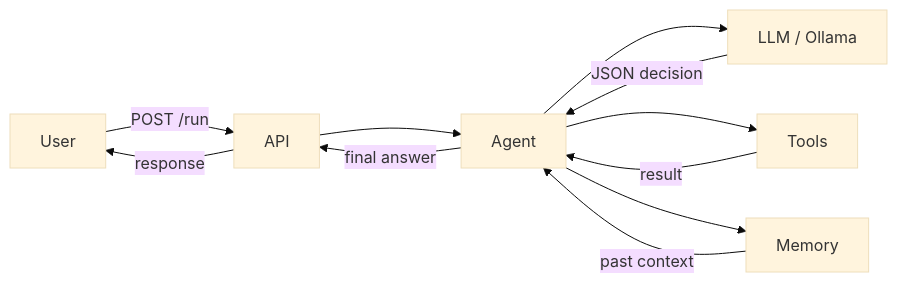
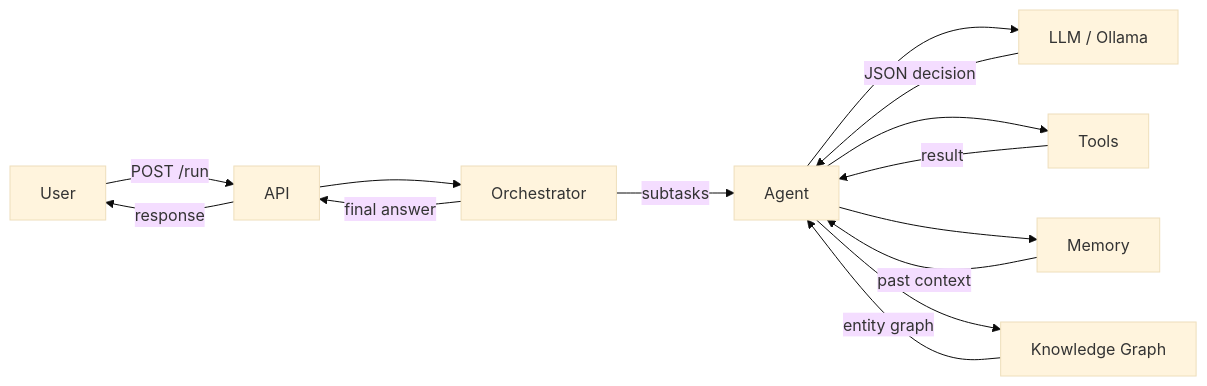
One commit to Guebbit/manna changed the diagram in docs/index.md. Above: the diagram before and after it, drawn with Mermaid (base theme). The commit also changed other lines of this file, not shown here.

````diff
--- a/docs/index.md
+++ b/docs/index.md
@@ -31,13 +30,16 @@
 ```mermaid
 flowchart LR
     User -->|POST /run| API
-    API --> Agent
+    API --> Orchestrator
+    Orchestrator -->|subtasks| Agent
     Agent --> LLM[LLM / Ollama]
     Agent --> Tools[Tools]
     Agent --> Memory
+    Agent --> KG[Knowledge Graph]
     LLM -->|JSON decision| Agent
     Tools -->|result| Agent
     Memory -->|past context| Agent
-    Agent -->|final answer| API
+    KG -->|entity graph| Agent
+    Orchestrator -->|final answer| API
     API -->|response| User
 ```
````
